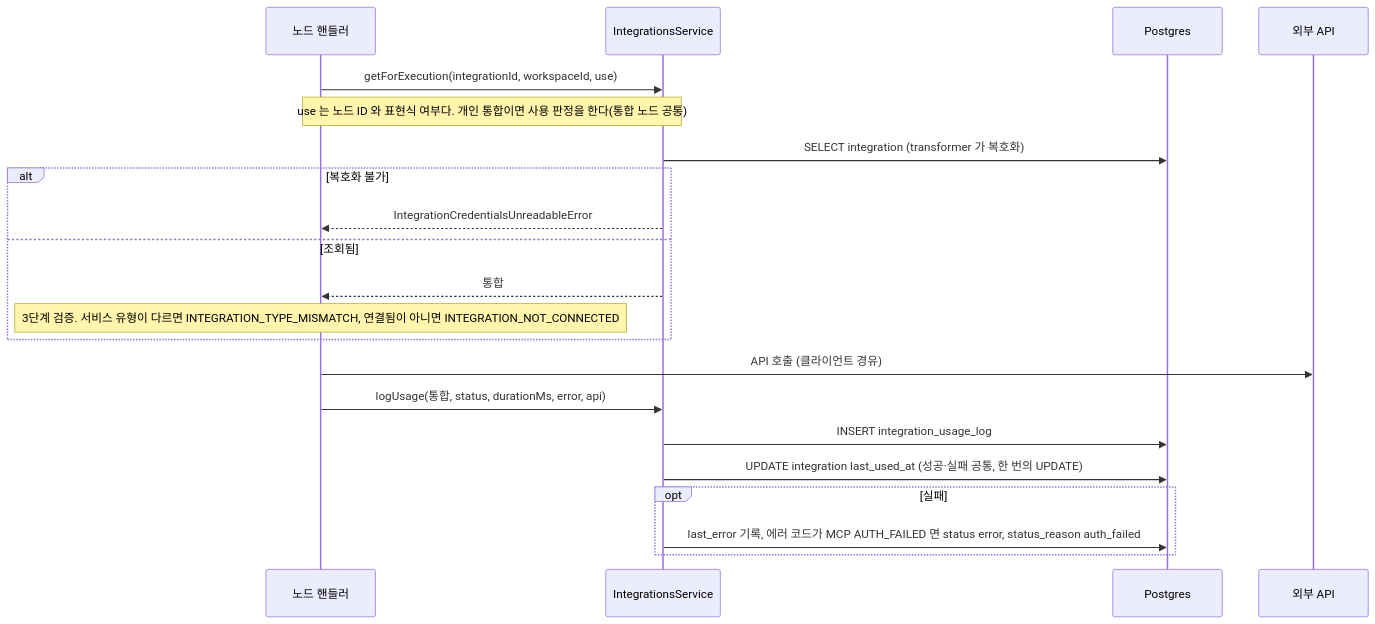
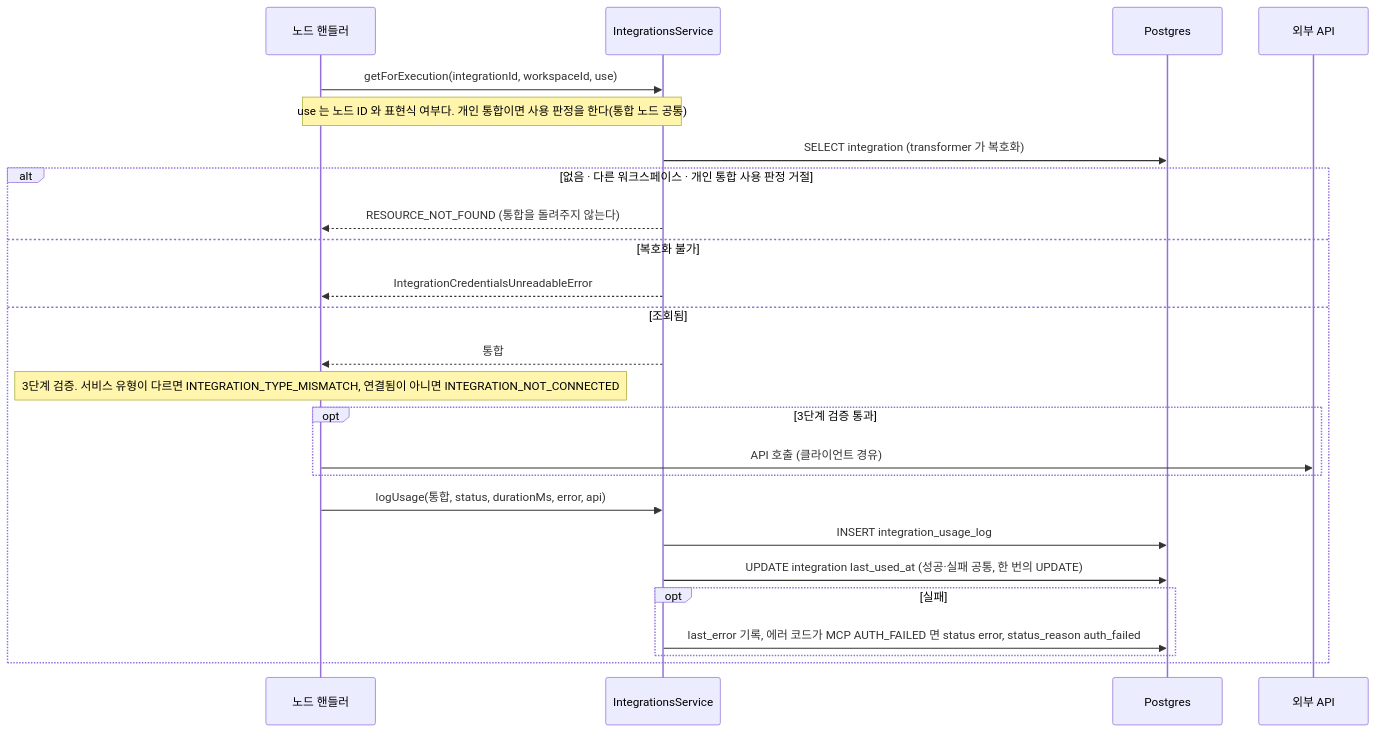
Before and after one commit to worker-ants/clemvion: the sixth of 6 diagrams in spec/CLE-INT/CLE-INT-DATA.md, drawn with Mermaid. The commit also changed other lines of this file and 6 other files, not shown here.

````diff
--- a/spec/CLE-INT/CLE-INT-DATA.md
+++ b/spec/CLE-INT/CLE-INT-DATA.md
@@ -420,23 +420,27 @@
 ```mermaid
 sequenceDiagram
   participant H as 노드 핸들러
   participant Svc as IntegrationsService
   participant PG as Postgres
   participant Ext as 외부 API
   H->>Svc: getForExecution(integrationId, workspaceId, use)
   Note over H,Svc: use 는 노드 ID 와 표현식 여부다. 개인 통합이면 사용 판정을 한다(통합 노드 공통)
   Svc->>PG: SELECT integration (transformer 가 복호화)
-  alt 복호화 불가
+  alt 없음 · 다른 워크스페이스 · 개인 통합 사용 판정 거절
+    Svc-->>H: RESOURCE_NOT_FOUND (통합을 돌려주지 않는다)
+  else 복호화 불가
     Svc-->>H: IntegrationCredentialsUnreadableError
   else 조회됨
     Svc-->>H: 통합
     Note over H: 3단계 검증. 서비스 유형이 다르면 INTEGRATION_TYPE_MISMATCH, 연결됨이 아니면 INTEGRATION_NOT_CONNECTED
-  end
-  H->>Ext: API 호출 (클라이언트 경유)
-  H->>Svc: logUsage(통합, status, durationMs, error, api)
-  Svc->>PG: INSERT integration_usage_log
-  Svc->>PG: UPDATE integration last_used_at (성공·실패 공통, 한 번의 UPDATE)
-  opt 실패
-    Svc->>PG: last_error 기록, 에러 코드가 MCP AUTH_FAILED 면 status error, status_reason auth_failed
+    opt 3단계 검증 통과
+      H->>Ext: API 호출 (클라이언트 경유)
+    end
+    H->>Svc: logUsage(통합, status, durationMs, error, api)
+    Svc->>PG: INSERT integration_usage_log
+    Svc->>PG: UPDATE integration last_used_at (성공·실패 공통, 한 번의 UPDATE)
+    opt 실패
+      Svc->>PG: last_error 기록, 에러 코드가 MCP AUTH_FAILED 면 status error, status_reason auth_failed
+    end
   end
 ```
````
